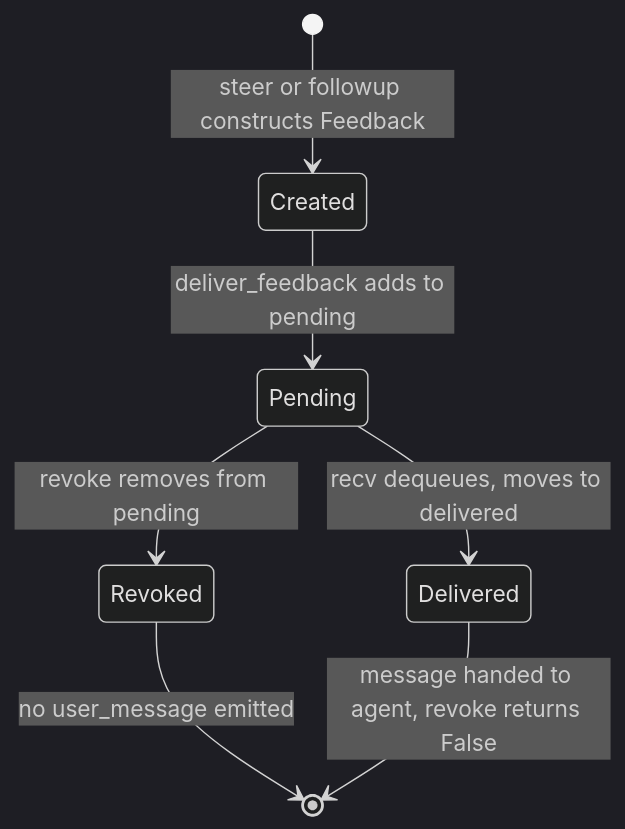
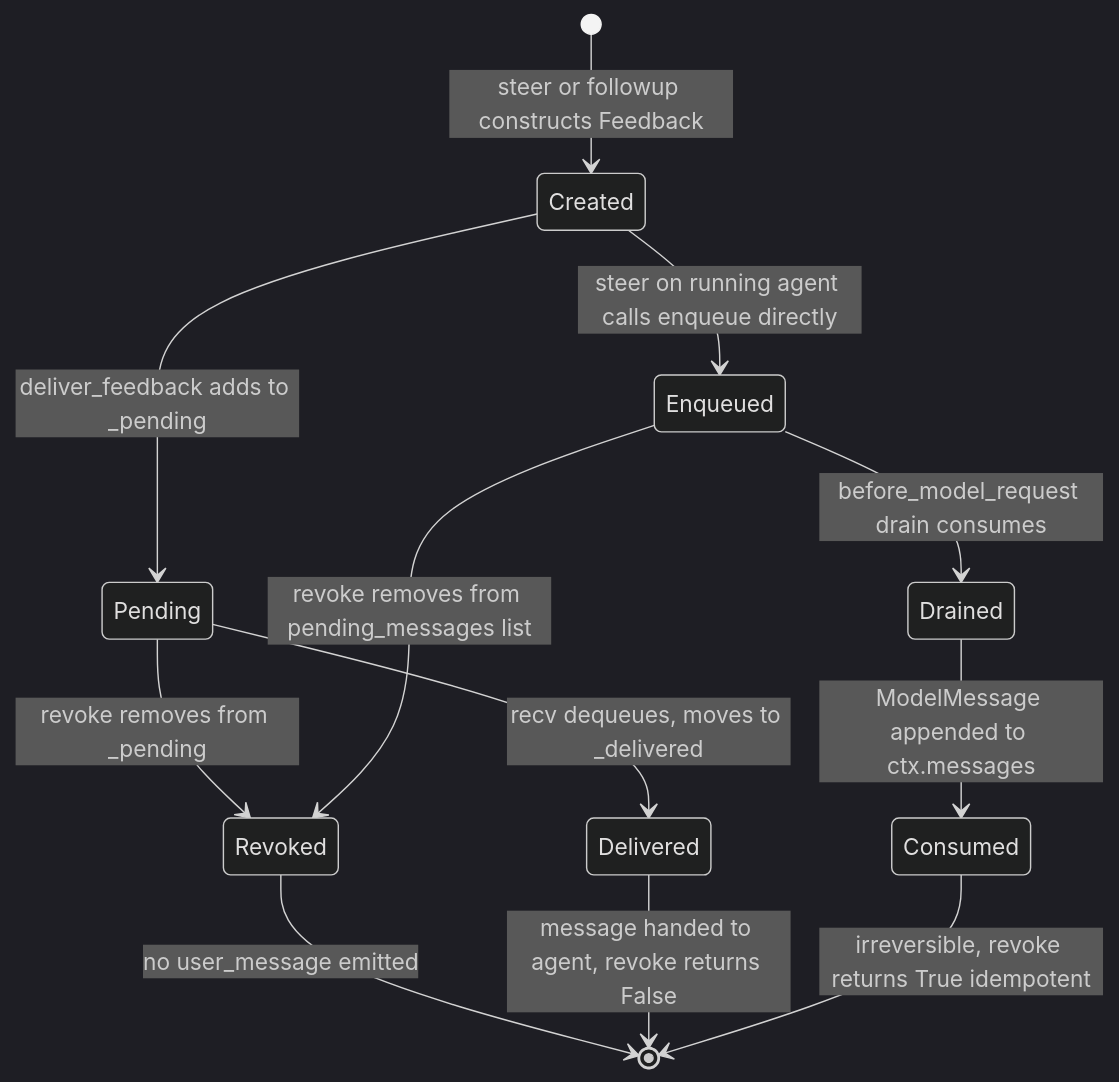
The third of 6 diagrams in docs/rfcs/draft/RFC-0054-v2-message-id-infrastructure.md (Leoyzen/agentpool), drawn with Mermaid (dark theme) before and after one commit. The commit also changed other lines of this file, not shown here.

First line of the commit message:
docs: update RFC-0054 with two-layer revoke and content_blocks activation

````diff
--- a/docs/rfcs/draft/RFC-0054-v2-message-id-infrastructure.md
+++ b/docs/rfcs/draft/RFC-0054-v2-message-id-infrastructure.md
@@ -528,9 +547,14 @@
 ```mermaid
 stateDiagram-v2
     [*] --> Created: steer or followup constructs Feedback
-    Created --> Pending: deliver_feedback adds to pending
-    Pending --> Delivered: recv dequeues, moves to delivered
-    Pending --> Revoked: revoke removes from pending
+    Created --> Pending: deliver_feedback adds to _pending
+    Created --> Enqueued: steer on running agent calls enqueue directly
+    Pending --> Delivered: recv dequeues, moves to _delivered
+    Pending --> Revoked: revoke removes from _pending
+    Enqueued --> Drained: before_model_request drain consumes
+    Enqueued --> Revoked: revoke removes from pending_messages list
+    Drained --> Consumed: ModelMessage appended to ctx.messages
     Revoked --> [*]: no user_message emitted
     Delivered --> [*]: message handed to agent, revoke returns False
+    Consumed --> [*]: irreversible, revoke returns True idempotent
 ```
````
